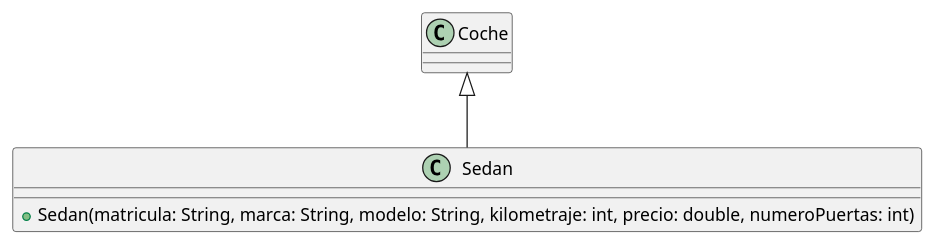
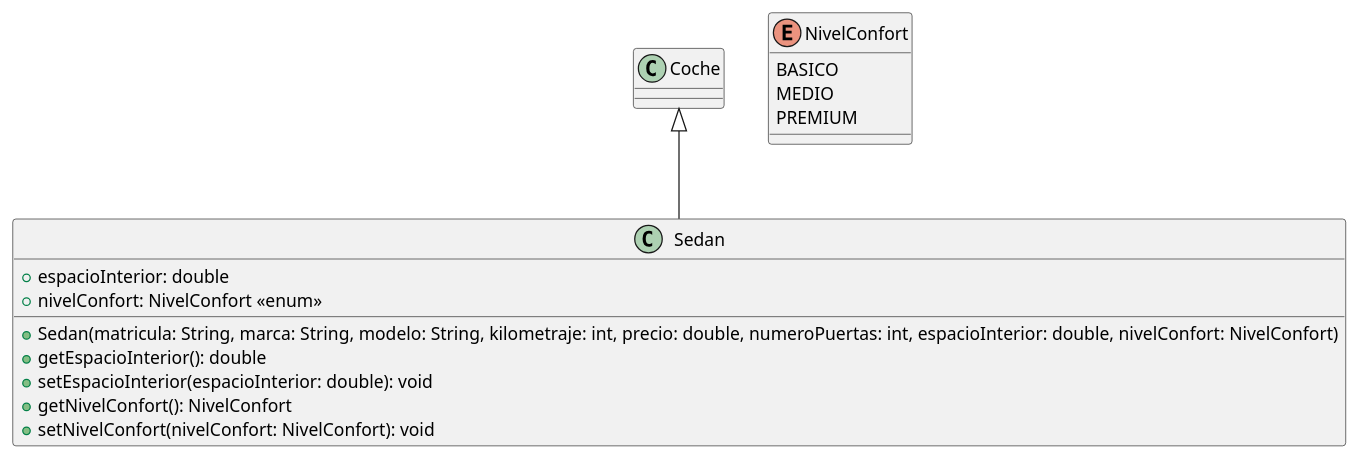
Before and after one commit to crobles98/UT5_ED_Prog: the diagram in uml/Sedan.puml, drawn with PlantUML.

Commit message:
Corregir atributos y métodos
Actualizar archivo '.puml' con atributos y métodos acorde a las especificaciones

```diff
--- a/uml/Sedan.puml
+++ b/uml/Sedan.puml
@@ -1,5 +1,17 @@
 @startuml
 class Sedan extends Coche {
-  + Sedan(matricula: String, marca: String, modelo: String, kilometraje: int, precio: double, numeroPuertas: int)
+  + espacioInterior: double
+  + nivelConfort: NivelConfort <<enum>>
+  + Sedan(matricula: String, marca: String, modelo: String, kilometraje: int, precio: double, numeroPuertas: int, espacioInterior: double, nivelConfort: NivelConfort)
+  + getEspacioInterior(): double
+  + setEspacioInterior(espacioInterior: double): void
+  + getNivelConfort(): NivelConfort
+  + setNivelConfort(nivelConfort: NivelConfort): void
+}
+
+enum NivelConfort {
+  BASICO
+  MEDIO
+  PREMIUM
 }
 @enduml
```
